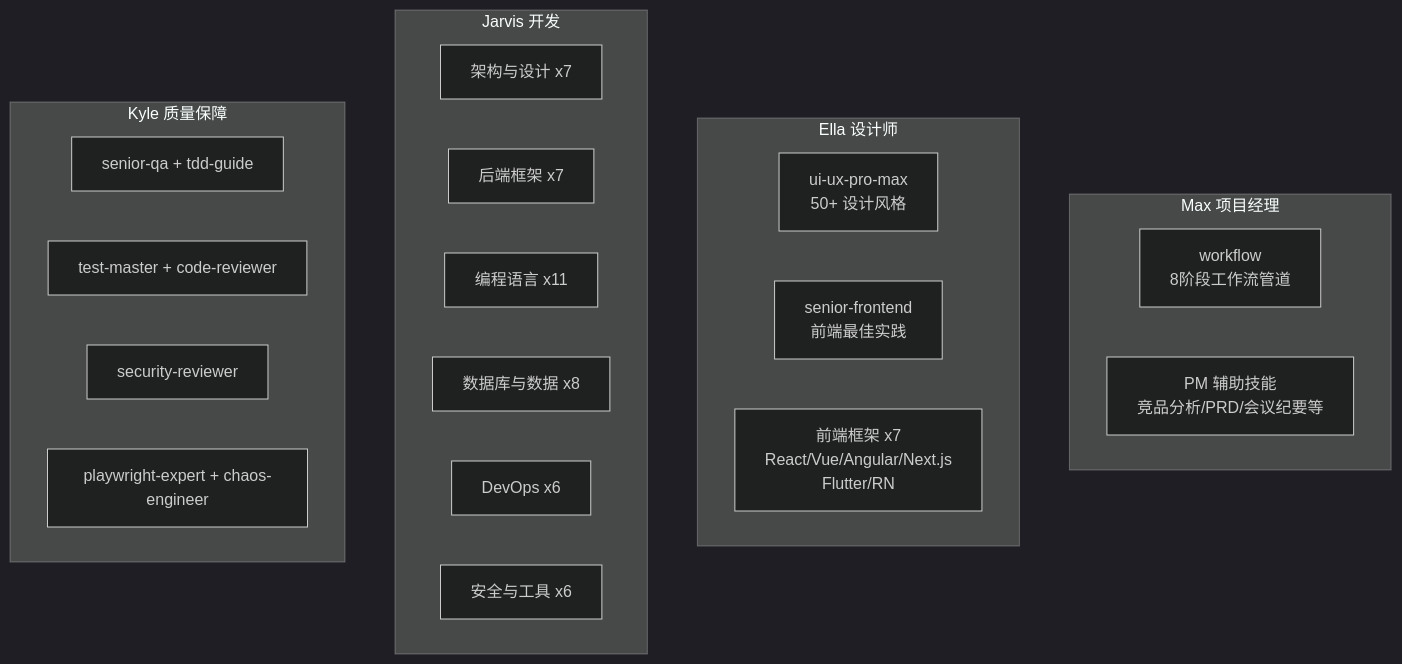
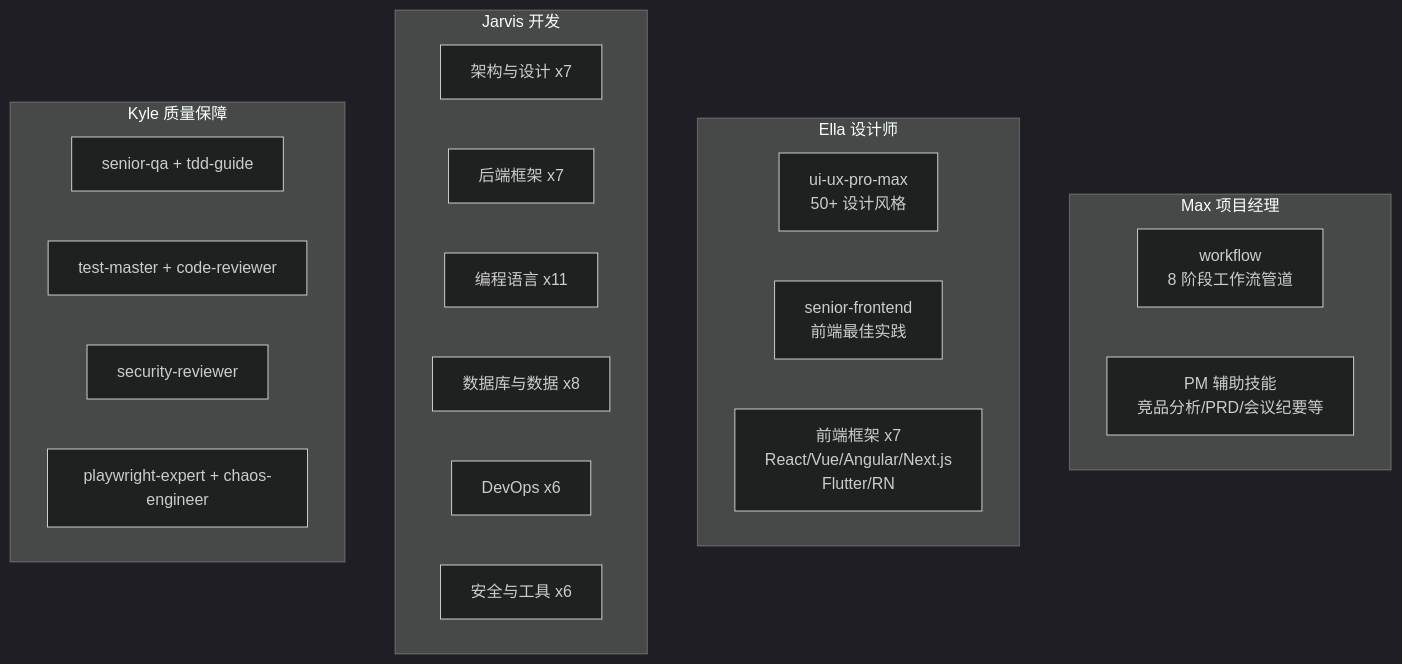
The fourth of 4 diagrams in README.md (codeApe-7/ai-agent-workflowGroup), drawn with Mermaid (dark theme) before and after one commit. The commit also changed other lines of this file and 24 other files, not shown here.

````diff
--- a/README.md
+++ b/README.md
@@ -237,29 +254,29 @@
 ```mermaid
 flowchart TB
     subgraph MAX["Max 项目经理"]
-        M1["workflow\n8阶段工作流管道"]
+        M1["workflow\n8 阶段工作流管道"]
         M2["PM 辅助技能\n竞品分析/PRD/会议纪要等"]
     end
 
     subgraph ELLA["Ella 设计师"]
         E1["ui-ux-pro-max\n50+ 设计风格"]
         E2["senior-frontend\n前端最佳实践"]
         E3["前端框架 x7\nReact/Vue/Angular/Next.js\nFlutter/RN"]
     end
 
     subgraph JARVIS["Jarvis 开发"]
         J1["架构与设计 x7"]
         J2["后端框架 x7"]
         J3["编程语言 x11"]
         J4["数据库与数据 x8"]
         J5["DevOps x6"]
         J6["安全与工具 x6"]
     end
 
     subgraph KYLE["Kyle 质量保障"]
         K1["senior-qa + tdd-guide"]
         K2["test-master + code-reviewer"]
         K3["security-reviewer"]
         K4["playwright-expert + chaos-engineer"]
     end
 ```
````
